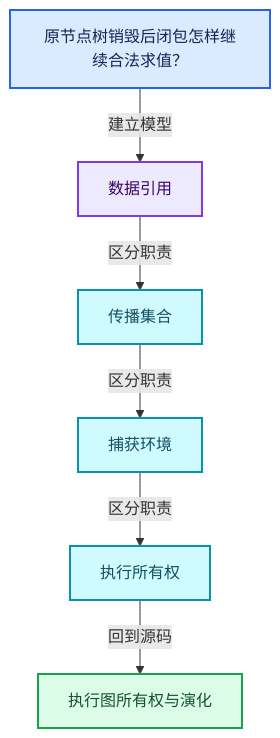
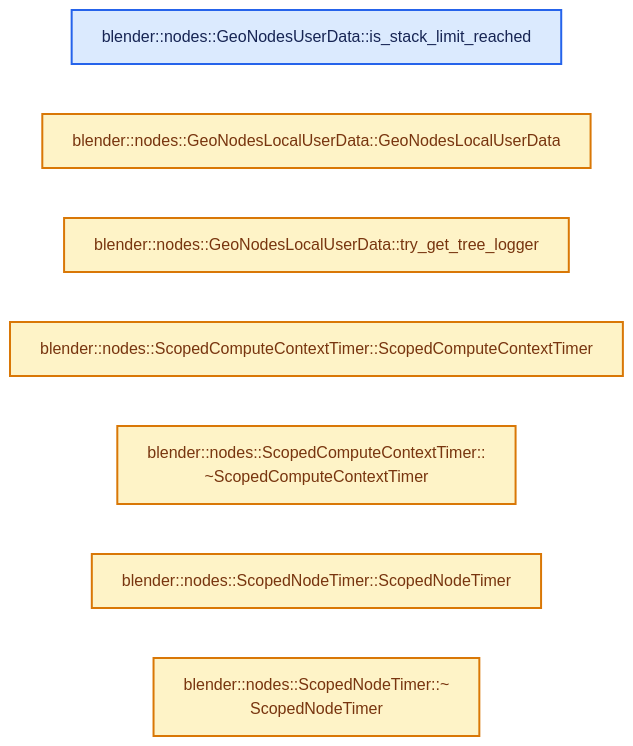
One commit to yunkezengren/blender-.vscode changed the second of 4 diagrams in 杂/markdown/全面学习-codex/10-引用生命周期与Closure/08-执行图所有权与演化.md. Above: the diagram before and after it, drawn with Mermaid. The commit also changed other lines of this file and 1930 other files, not shown here.

````diff
--- a/杂/markdown/全面学习-codex/10-引用生命周期与Closure/08-执行图所有权与演化.md
+++ b/杂/markdown/全面学习-codex/10-引用生命周期与Closure/08-执行图所有权与演化.md
@@ -59,20 +46,16 @@
 ```mermaid
-flowchart TB
-  Q["原节点树销毁后闭包怎样继续合法求值？"]:::input
-  C0["数据引用"]:::abstraction
-  C1["传播集合"]:::data
-  C2["捕获环境"]:::data
-  C3["执行所有权"]:::data
-  R["执行图所有权与演化"]:::result
-  Q -->|"建立模型"| C0
-  C0 -->|"区分职责"| C1
-  C1 -->|"区分职责"| C2
-  C2 -->|"区分职责"| C3
-  C3 -->|"回到源码"| R
+flowchart LR
+  F0["blender::nodes::GeoNodesUserData::is_stack_limit_reached"]:::input
+  F1["blender::nodes::GeoNodesLocalUserData::GeoNodesLocalUserData"]:::compute
+  F2["blender::nodes::GeoNodesLocalUserData::try_get_tree_logger"]:::compute
+  F3["blender::nodes::ScopedComputeContextTimer::ScopedComputeContextTimer"]:::compute
+  F4["blender::nodes::ScopedComputeContextTimer::<br/>~ScopedComputeContextTimer"]:::compute
+  F5["blender::nodes::ScopedNodeTimer::ScopedNodeTimer"]:::compute
+  F6["blender::nodes::ScopedNodeTimer::~<br/>ScopedNodeTimer"]:::compute
   classDef input fill:#DBEAFE,stroke:#2563EB,color:#172554,stroke-width:2px;
   classDef data fill:#CFFAFE,stroke:#0891B2,color:#164E63,stroke-width:2px;
   classDef abstraction fill:#EDE9FE,stroke:#7C3AED,color:#3B0764,stroke-width:2px;
   classDef compute fill:#FEF3C7,stroke:#D97706,color:#78350F,stroke-width:2px;
   classDef result fill:#DCFCE7,stroke:#16A34A,color:#14532D,stroke-width:2px;
   classDef error fill:#FEE2E2,stroke:#DC2626,color:#7F1D1D,stroke-width:2px;
 ```
````
